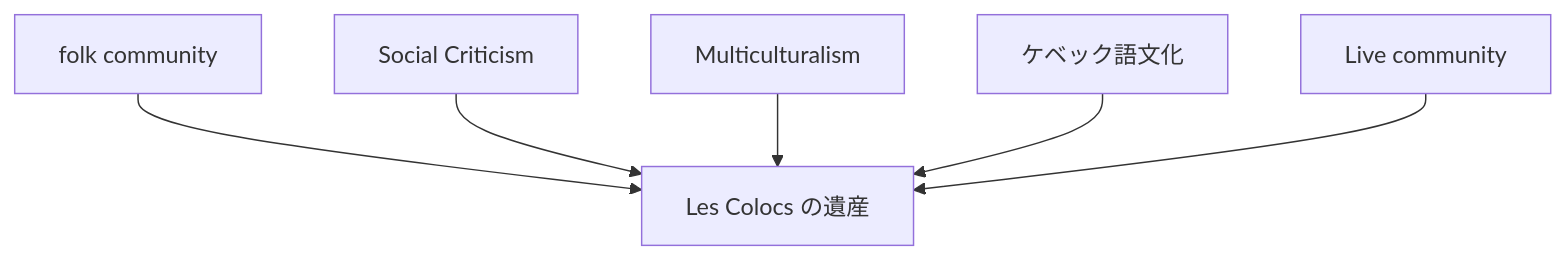
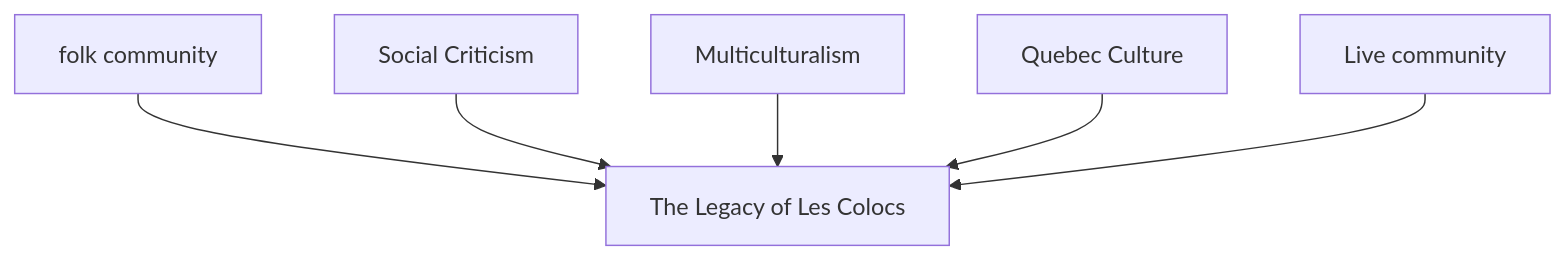
One commit to monumental-movement/monumental-movement.github.io changed the fourth of 5 diagrams in en/_posts/2026-05-07-column-les-colocs.md. Above: the diagram before and after it, drawn with Mermaid. The commit also changed other lines of this file and 445 other files, not shown here.

```diff
--- a/en/_posts/2026-05-07-column-les-colocs.md
+++ b/en/_posts/2026-05-07-column-les-colocs.md
@@ -575,8 +575,8 @@
 <div class="mermaid">
 graph TD
-A["folk community"] --> D["Les Colocs の遺産"]
+A["folk community"] --> D["The Legacy of Les Colocs"]
 B["Social Criticism"] --> D
 C["Multiculturalism"] --> D
-E["ケベック語文化"] --> D
+E["Quebec Culture"] --> D
 F["Live community"] --> D
 </div>
```
